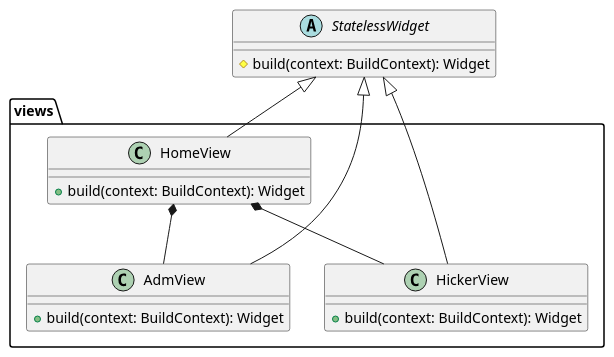
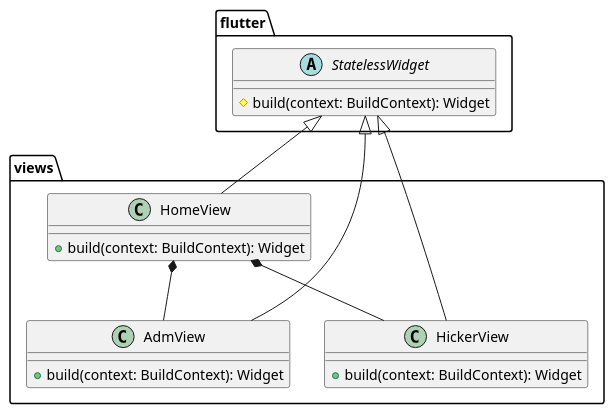
The diagram in docs/diagrams/src/class_diagrams/pe_na_pedra_class_diagram_6.plantuml (tiagors09/pe_na_pedra), drawn with PlantUML before and after one commit. The commit also changed 4 other files, not shown here.

```diff
--- a/docs/diagrams/src/class_diagrams/pe_na_pedra_class_diagram_6.plantuml
+++ b/docs/diagrams/src/class_diagrams/pe_na_pedra_class_diagram_6.plantuml
@@ -1,26 +1,28 @@
 @startuml pe_na_pedra_class_diagram_6
-abstract class StatelessWidget {
+package flutter {
+  abstract class StatelessWidget {
   # build(context: BuildContext): Widget
 }
 
+}
 package views {
   class HomeView {
       + build(context: BuildContext): Widget
   }
 
   class AdmView {
     + build(context: BuildContext): Widget
   }
 
   class HickerView {
     + build(context: BuildContext): Widget
   }
 }
 
 StatelessWidget <|-- HomeView
 StatelessWidget <|-- AdmView
 StatelessWidget <|-- HickerView
 
 HomeView *-- AdmView
 HomeView *-- HickerView
 @enduml
```
